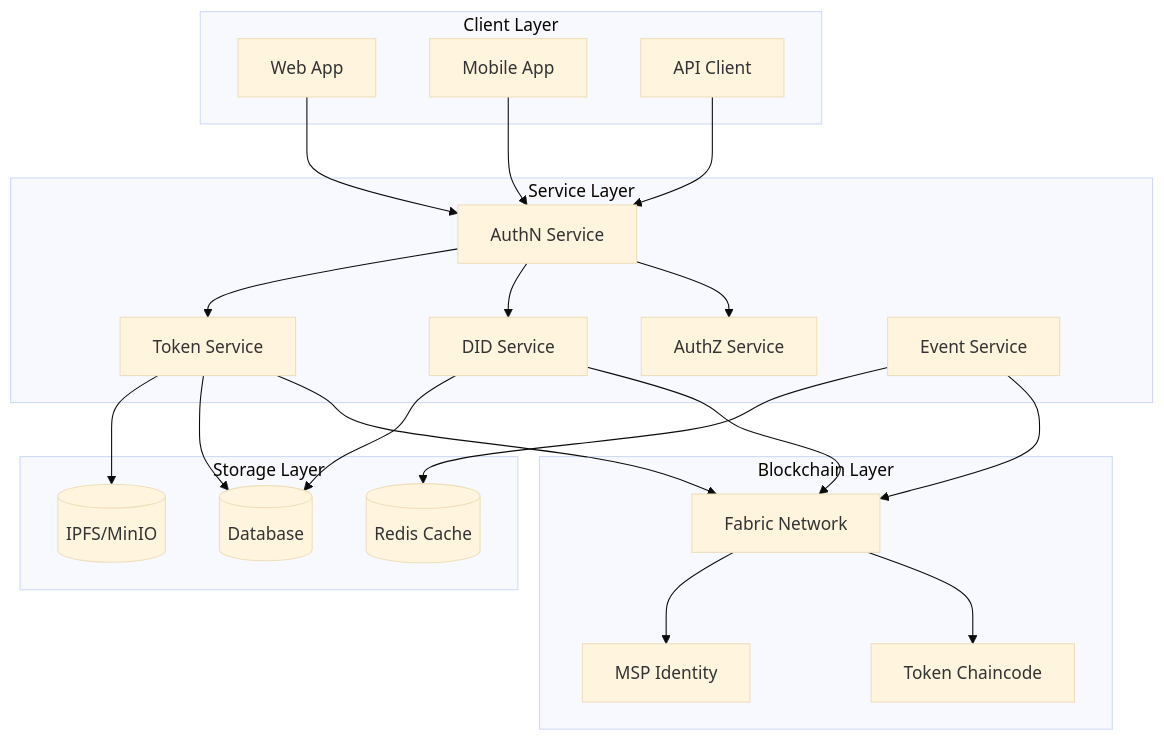
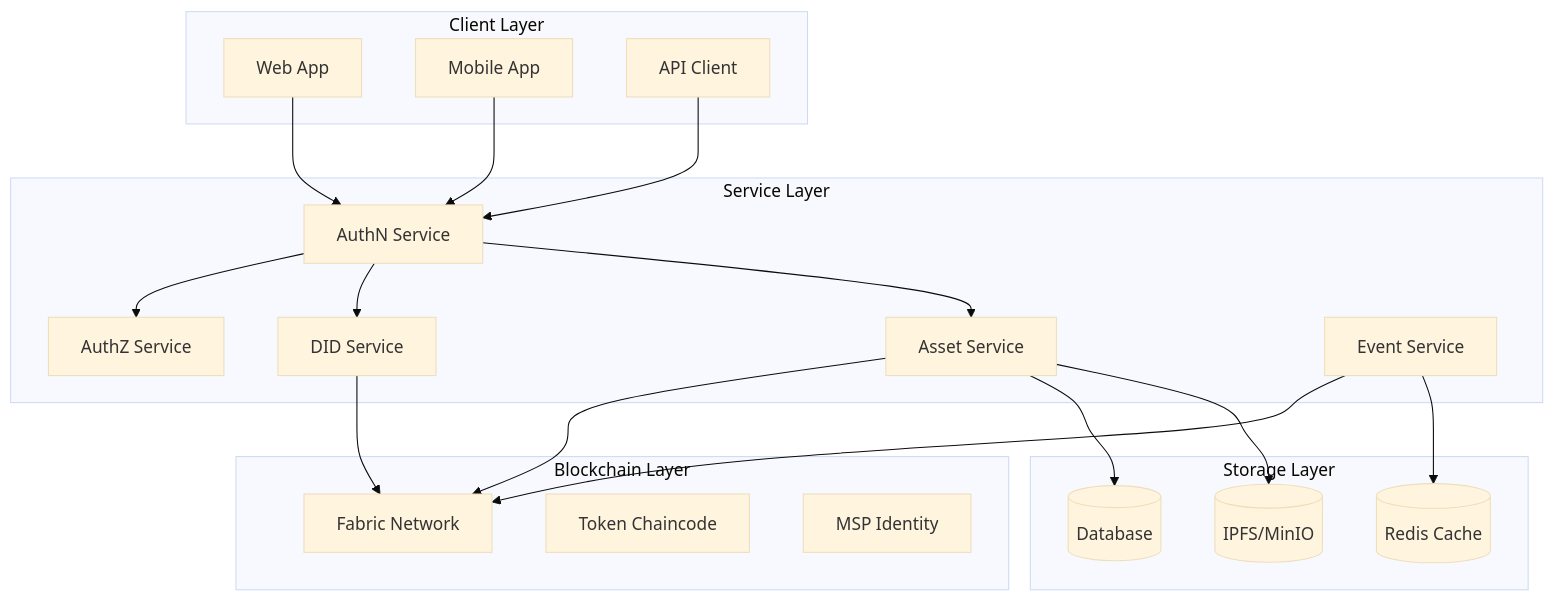
One commit to metafi-blockchain/metafi-digital-assets-service changed the first of 6 diagrams in docs/rd.en.md. Above: the diagram before and after it, drawn with Mermaid (base theme). The commit also changed other lines of this file and 1 other file, not shown here.

````diff
--- a/docs/rd.en.md
+++ b/docs/rd.en.md
@@ -34,48 +35,44 @@
 ```mermaid
 graph TD
     subgraph "Client Layer"
         Web[Web App]
         Mobile[Mobile App]
         API[API Client]
     end
 
     subgraph "Service Layer"
         AuthN[AuthN Service]
         AuthZ[AuthZ Service]
         DID[DID Service]
-        Token[Token Service]
+        Asset[Asset Service]
         Event[Event Service]
     end
 
     subgraph "Blockchain Layer"
         Fabric[Fabric Network]
         Chaincode[Token Chaincode]
         MSP[MSP Identity]
     end
 
     subgraph "Storage Layer"
         DB[(Database)]
         Cache[(Redis Cache)]
         Storage[(IPFS/MinIO)]
     end
 
     Web --> AuthN
     Mobile --> AuthN
     API --> AuthN
 
     AuthN --> AuthZ
     AuthN --> DID
-    AuthN --> Token
+    AuthN --> Asset
 
-    Token --> Fabric
+    Asset --> Fabric
     DID --> Fabric
     Event --> Fabric
 
-    Token --> DB
-    DID --> DB
+    Asset --> DB
     Event --> Cache
-    Token --> Storage
-
-    Fabric --> Chaincode
-    Fabric --> MSP
+    Asset --> Storage
 ```
````
